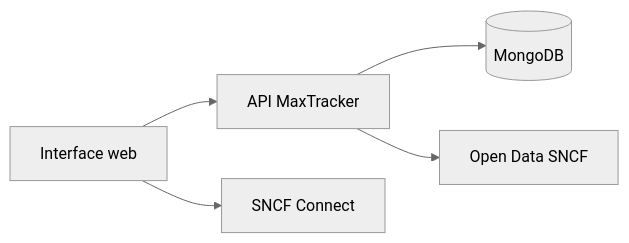
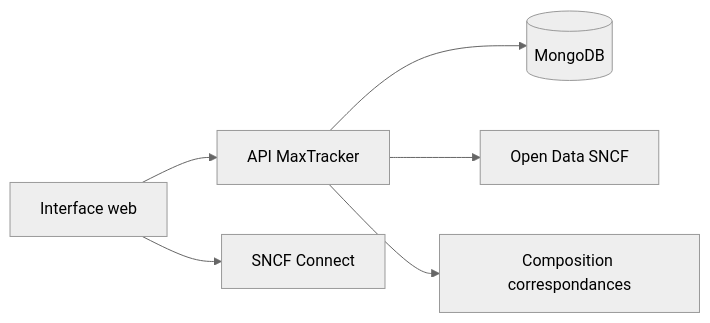
Before and after one commit to gabrielluthun/maxtracker: the diagram in README.md, drawn with Mermaid (neutral theme). The commit also changed other lines of this file, not shown here.

````diff
--- a/README.md
+++ b/README.md
@@ -222,7 +243,8 @@
 ```mermaid
 flowchart LR
   FE[Interface web] --> API[API MaxTracker]
   API --> MONGO[(MongoDB)]
   API --> SNCF[Open Data SNCF]
+  API --> COMPOSE[Composition correspondances]
   FE --> SC[SNCF Connect]
 ```
````
